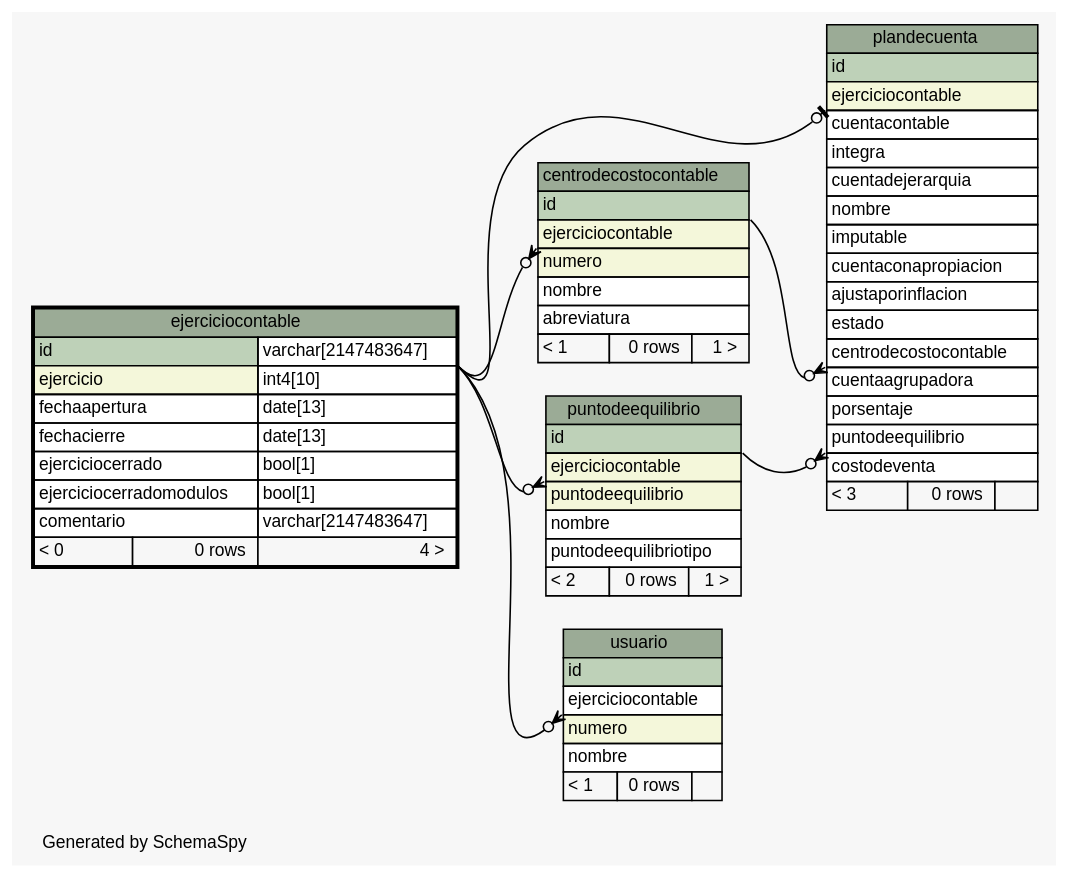
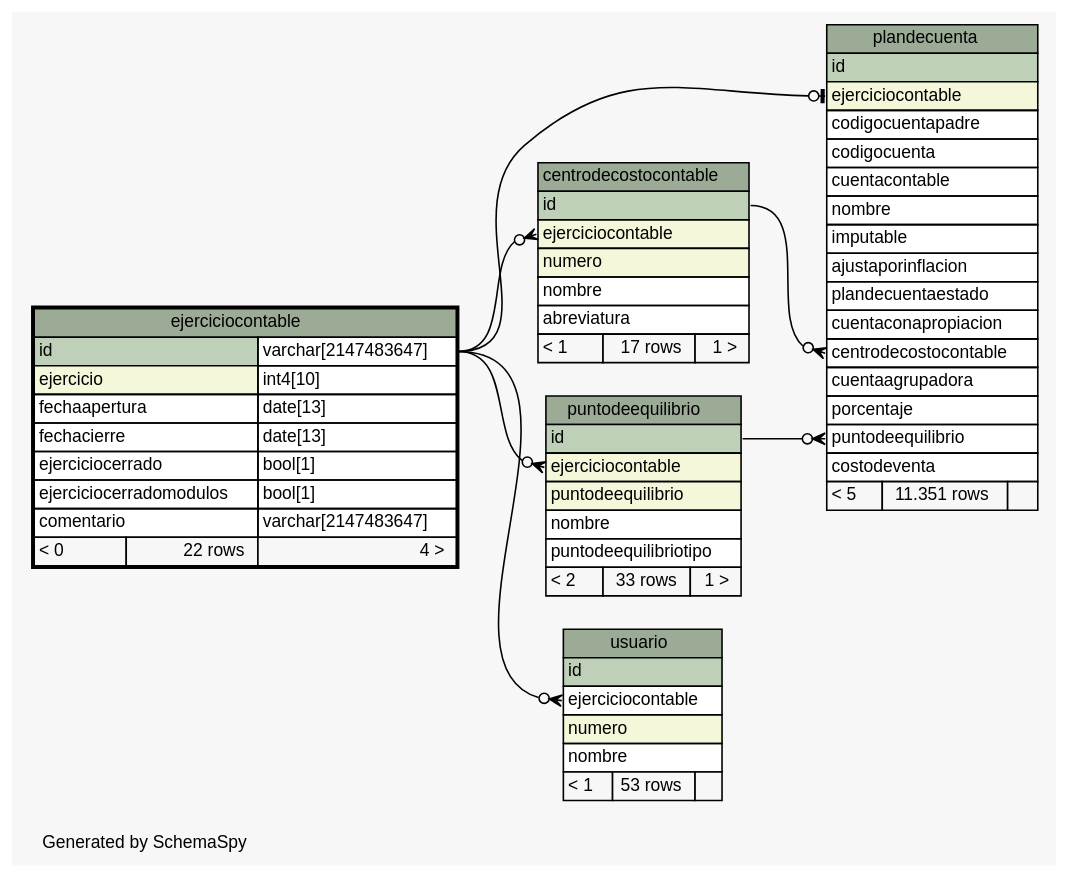
Before and after one commit to sebaalvarez/massoftware: the diagram in sql/postgresql/schemaSpy/salida/diagrams/ejerciciocontable.1degree.dot, drawn with Graphviz. The commit also changed 651 other files, not shown here.

```diff
--- a/sql/postgresql/schemaSpy/salida/diagrams/ejerciciocontable.1degree.dot
+++ b/sql/postgresql/schemaSpy/salida/diagrams/ejerciciocontable.1degree.dot
@@ -1,109 +1,109 @@
-// dot 2.2.1 on Windows 10 10.0
+// dot 2.38.0 on Windows 10 10.0
 // SchemaSpy rev 590
 digraph "oneDegreeRelationshipsDiagram" {
   graph [
     rankdir="RL"
     bgcolor="#f7f7f7"
     label="\nGenerated by SchemaSpy"
     labeljust="l"
     nodesep="0.18"
     ranksep="0.46"
     fontname="Helvetica"
     fontsize="11"
   ];
   node [
     fontname="Helvetica"
     fontsize="11"
     shape="plaintext"
   ];
   edge [
     arrowsize="0.8"
   ];
-  "centrodecostocontable":"ejerciciocontable":sw -> "ejerciciocontable":"id.type":se [arrowhead=none dir=back arrowtail=crowodot];
-  "plandecuenta":"centrodecostocontable":sw -> "centrodecostocontable":"id":se [arrowhead=none dir=back arrowtail=crowodot];
-  "plandecuenta":"ejerciciocontable":sw -> "ejerciciocontable":"id.type":se [arrowhead=none dir=back arrowtail=teeodot];
-  "plandecuenta":"puntodeequilibrio":sw -> "puntodeequilibrio":"id":se [arrowhead=none dir=back arrowtail=crowodot];
-  "puntodeequilibrio":"ejerciciocontable":sw -> "ejerciciocontable":"id.type":se [arrowhead=none dir=back arrowtail=crowodot];
-  "usuario":"ejerciciocontable":sw -> "ejerciciocontable":"id.type":se [arrowhead=none dir=back arrowtail=crowodot];
+  "centrodecostocontable":"ejerciciocontable":w -> "ejerciciocontable":"id.type":e [arrowhead=none dir=back arrowtail=crowodot];
+  "plandecuenta":"centrodecostocontable":w -> "centrodecostocontable":"id":e [arrowhead=none dir=back arrowtail=crowodot];
+  "plandecuenta":"ejerciciocontable":w -> "ejerciciocontable":"id.type":e [arrowhead=none dir=back arrowtail=teeodot];
+  "plandecuenta":"puntodeequilibrio":w -> "puntodeequilibrio":"id":e [arrowhead=none dir=back arrowtail=crowodot];
+  "puntodeequilibrio":"ejerciciocontable":w -> "ejerciciocontable":"id.type":e [arrowhead=none dir=back arrowtail=crowodot];
+  "usuario":"ejerciciocontable":w -> "ejerciciocontable":"id.type":e [arrowhead=none dir=back arrowtail=crowodot];
   "centrodecostocontable" [
     label=<
     <TABLE BORDER="0" CELLBORDER="1" CELLSPACING="0" BGCOLOR="#ffffff">
       <TR><TD COLSPAN="3" BGCOLOR="#9bab96" ALIGN="CENTER">centrodecostocontable</TD></TR>
       <TR><TD PORT="id" COLSPAN="3" BGCOLOR="#bed1b8" ALIGN="LEFT">id</TD></TR>
       <TR><TD PORT="ejerciciocontable" COLSPAN="3" BGCOLOR="#f4f7da" ALIGN="LEFT">ejerciciocontable</TD></TR>
       <TR><TD PORT="numero" COLSPAN="3" BGCOLOR="#f4f7da" ALIGN="LEFT">numero</TD></TR>
       <TR><TD PORT="nombre" COLSPAN="3" ALIGN="LEFT">nombre</TD></TR>
       <TR><TD PORT="abreviatura" COLSPAN="3" ALIGN="LEFT">abreviatura</TD></TR>
-      <TR><TD ALIGN="LEFT" BGCOLOR="#f7f7f7">&lt; 1</TD><TD ALIGN="RIGHT" BGCOLOR="#f7f7f7">0 rows</TD><TD ALIGN="RIGHT" BGCOLOR="#f7f7f7">1 &gt;</TD></TR>
+      <TR><TD ALIGN="LEFT" BGCOLOR="#f7f7f7">&lt; 1</TD><TD ALIGN="RIGHT" BGCOLOR="#f7f7f7">17 rows</TD><TD ALIGN="RIGHT" BGCOLOR="#f7f7f7">1 &gt;</TD></TR>
     </TABLE>>
     URL="centrodecostocontable.html"
     tooltip="centrodecostocontable"
   ];
   "ejerciciocontable" [
     label=<
     <TABLE BORDER="2" CELLBORDER="1" CELLSPACING="0" BGCOLOR="#ffffff">
       <TR><TD COLSPAN="3" BGCOLOR="#9bab96" ALIGN="CENTER">ejerciciocontable</TD></TR>
       <TR><TD PORT="id" COLSPAN="2" BGCOLOR="#bed1b8" ALIGN="LEFT">id</TD><TD PORT="id.type" ALIGN="LEFT">varchar[2147483647]</TD></TR>
       <TR><TD PORT="ejercicio" COLSPAN="2" BGCOLOR="#f4f7da" ALIGN="LEFT">ejercicio</TD><TD PORT="ejercicio.type" ALIGN="LEFT">int4[10]</TD></TR>
       <TR><TD PORT="fechaapertura" COLSPAN="2" ALIGN="LEFT">fechaapertura</TD><TD PORT="fechaapertura.type" ALIGN="LEFT">date[13]</TD></TR>
       <TR><TD PORT="fechacierre" COLSPAN="2" ALIGN="LEFT">fechacierre</TD><TD PORT="fechacierre.type" ALIGN="LEFT">date[13]</TD></TR>
       <TR><TD PORT="ejerciciocerrado" COLSPAN="2" ALIGN="LEFT">ejerciciocerrado</TD><TD PORT="ejerciciocerrado.type" ALIGN="LEFT">bool[1]</TD></TR>
       <TR><TD PORT="ejerciciocerradomodulos" COLSPAN="2" ALIGN="LEFT">ejerciciocerradomodulos</TD><TD PORT="ejerciciocerradomodulos.type" ALIGN="LEFT">bool[1]</TD></TR>
       <TR><TD PORT="comentario" COLSPAN="2" ALIGN="LEFT">comentario</TD><TD PORT="comentario.type" ALIGN="LEFT">varchar[2147483647]</TD></TR>
-      <TR><TD ALIGN="LEFT" BGCOLOR="#f7f7f7">&lt; 0</TD><TD ALIGN="RIGHT" BGCOLOR="#f7f7f7">0 rows</TD><TD ALIGN="RIGHT" BGCOLOR="#f7f7f7">4 &gt;</TD></TR>
+      <TR><TD ALIGN="LEFT" BGCOLOR="#f7f7f7">&lt; 0</TD><TD ALIGN="RIGHT" BGCOLOR="#f7f7f7">22 rows</TD><TD ALIGN="RIGHT" BGCOLOR="#f7f7f7">4 &gt;</TD></TR>
     </TABLE>>
     URL="ejerciciocontable.html"
     tooltip="ejerciciocontable"
   ];
   "plandecuenta" [
     label=<
     <TABLE BORDER="0" CELLBORDER="1" CELLSPACING="0" BGCOLOR="#ffffff">
       <TR><TD COLSPAN="3" BGCOLOR="#9bab96" ALIGN="CENTER">plandecuenta</TD></TR>
       <TR><TD PORT="id" COLSPAN="3" BGCOLOR="#bed1b8" ALIGN="LEFT">id</TD></TR>
       <TR><TD PORT="ejerciciocontable" COLSPAN="3" BGCOLOR="#f4f7da" ALIGN="LEFT">ejerciciocontable</TD></TR>
+      <TR><TD PORT="codigocuentapadre" COLSPAN="3" ALIGN="LEFT">codigocuentapadre</TD></TR>
+      <TR><TD PORT="codigocuenta" COLSPAN="3" ALIGN="LEFT">codigocuenta</TD></TR>
       <TR><TD PORT="cuentacontable" COLSPAN="3" ALIGN="LEFT">cuentacontable</TD></TR>
-      <TR><TD PORT="integra" COLSPAN="3" ALIGN="LEFT">integra</TD></TR>
-      <TR><TD PORT="cuentadejerarquia" COLSPAN="3" ALIGN="LEFT">cuentadejerarquia</TD></TR>
       <TR><TD PORT="nombre" COLSPAN="3" ALIGN="LEFT">nombre</TD></TR>
       <TR><TD PORT="imputable" COLSPAN="3" ALIGN="LEFT">imputable</TD></TR>
+      <TR><TD PORT="ajustaporinflacion" COLSPAN="3" ALIGN="LEFT">ajustaporinflacion</TD></TR>
+      <TR><TD PORT="plandecuentaestado" COLSPAN="3" ALIGN="LEFT">plandecuentaestado</TD></TR>
       <TR><TD PORT="cuentaconapropiacion" COLSPAN="3" ALIGN="LEFT">cuentaconapropiacion</TD></TR>
-      <TR><TD PORT="ajustaporinflacion" COLSPAN="3" ALIGN="LEFT">ajustaporinflacion</TD></TR>
-      <TR><TD PORT="estado" COLSPAN="3" ALIGN="LEFT">estado</TD></TR>
       <TR><TD PORT="centrodecostocontable" COLSPAN="3" ALIGN="LEFT">centrodecostocontable</TD></TR>
       <TR><TD PORT="cuentaagrupadora" COLSPAN="3" ALIGN="LEFT">cuentaagrupadora</TD></TR>
-      <TR><TD PORT="porsentaje" COLSPAN="3" ALIGN="LEFT">porsentaje</TD></TR>
+      <TR><TD PORT="porcentaje" COLSPAN="3" ALIGN="LEFT">porcentaje</TD></TR>
       <TR><TD PORT="puntodeequilibrio" COLSPAN="3" ALIGN="LEFT">puntodeequilibrio</TD></TR>
       <TR><TD PORT="costodeventa" COLSPAN="3" ALIGN="LEFT">costodeventa</TD></TR>
-      <TR><TD ALIGN="LEFT" BGCOLOR="#f7f7f7">&lt; 3</TD><TD ALIGN="RIGHT" BGCOLOR="#f7f7f7">0 rows</TD><TD ALIGN="RIGHT" BGCOLOR="#f7f7f7">  </TD></TR>
+      <TR><TD ALIGN="LEFT" BGCOLOR="#f7f7f7">&lt; 5</TD><TD ALIGN="RIGHT" BGCOLOR="#f7f7f7">11.351 rows</TD><TD ALIGN="RIGHT" BGCOLOR="#f7f7f7">  </TD></TR>
     </TABLE>>
     URL="plandecuenta.html"
     tooltip="plandecuenta"
   ];
   "puntodeequilibrio" [
     label=<
     <TABLE BORDER="0" CELLBORDER="1" CELLSPACING="0" BGCOLOR="#ffffff">
       <TR><TD COLSPAN="3" BGCOLOR="#9bab96" ALIGN="CENTER">puntodeequilibrio</TD></TR>
       <TR><TD PORT="id" COLSPAN="3" BGCOLOR="#bed1b8" ALIGN="LEFT">id</TD></TR>
       <TR><TD PORT="ejerciciocontable" COLSPAN="3" BGCOLOR="#f4f7da" ALIGN="LEFT">ejerciciocontable</TD></TR>
       <TR><TD PORT="puntodeequilibrio" COLSPAN="3" BGCOLOR="#f4f7da" ALIGN="LEFT">puntodeequilibrio</TD></TR>
       <TR><TD PORT="nombre" COLSPAN="3" ALIGN="LEFT">nombre</TD></TR>
       <TR><TD PORT="puntodeequilibriotipo" COLSPAN="3" ALIGN="LEFT">puntodeequilibriotipo</TD></TR>
-      <TR><TD ALIGN="LEFT" BGCOLOR="#f7f7f7">&lt; 2</TD><TD ALIGN="RIGHT" BGCOLOR="#f7f7f7">0 rows</TD><TD ALIGN="RIGHT" BGCOLOR="#f7f7f7">1 &gt;</TD></TR>
+      <TR><TD ALIGN="LEFT" BGCOLOR="#f7f7f7">&lt; 2</TD><TD ALIGN="RIGHT" BGCOLOR="#f7f7f7">33 rows</TD><TD ALIGN="RIGHT" BGCOLOR="#f7f7f7">1 &gt;</TD></TR>
     </TABLE>>
     URL="puntodeequilibrio.html"
     tooltip="puntodeequilibrio"
   ];
   "usuario" [
     label=<
     <TABLE BORDER="0" CELLBORDER="1" CELLSPACING="0" BGCOLOR="#ffffff">
       <TR><TD COLSPAN="3" BGCOLOR="#9bab96" ALIGN="CENTER">usuario</TD></TR>
       <TR><TD PORT="id" COLSPAN="3" BGCOLOR="#bed1b8" ALIGN="LEFT">id</TD></TR>
       <TR><TD PORT="ejerciciocontable" COLSPAN="3" ALIGN="LEFT">ejerciciocontable</TD></TR>
       <TR><TD PORT="numero" COLSPAN="3" BGCOLOR="#f4f7da" ALIGN="LEFT">numero</TD></TR>
       <TR><TD PORT="nombre" COLSPAN="3" ALIGN="LEFT">nombre</TD></TR>
-      <TR><TD ALIGN="LEFT" BGCOLOR="#f7f7f7">&lt; 1</TD><TD ALIGN="RIGHT" BGCOLOR="#f7f7f7">0 rows</TD><TD ALIGN="RIGHT" BGCOLOR="#f7f7f7">  </TD></TR>
+      <TR><TD ALIGN="LEFT" BGCOLOR="#f7f7f7">&lt; 1</TD><TD ALIGN="RIGHT" BGCOLOR="#f7f7f7">53 rows</TD><TD ALIGN="RIGHT" BGCOLOR="#f7f7f7">  </TD></TR>
     </TABLE>>
     URL="usuario.html"
     tooltip="usuario"
   ];
 }
```
